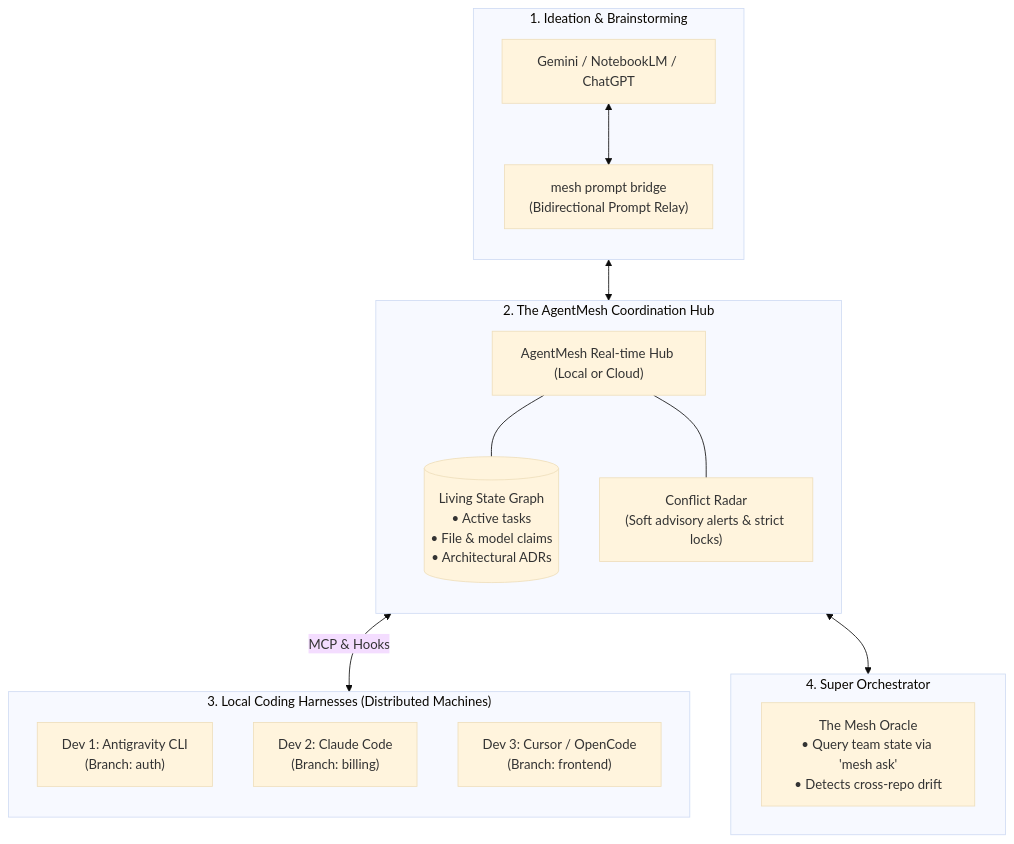
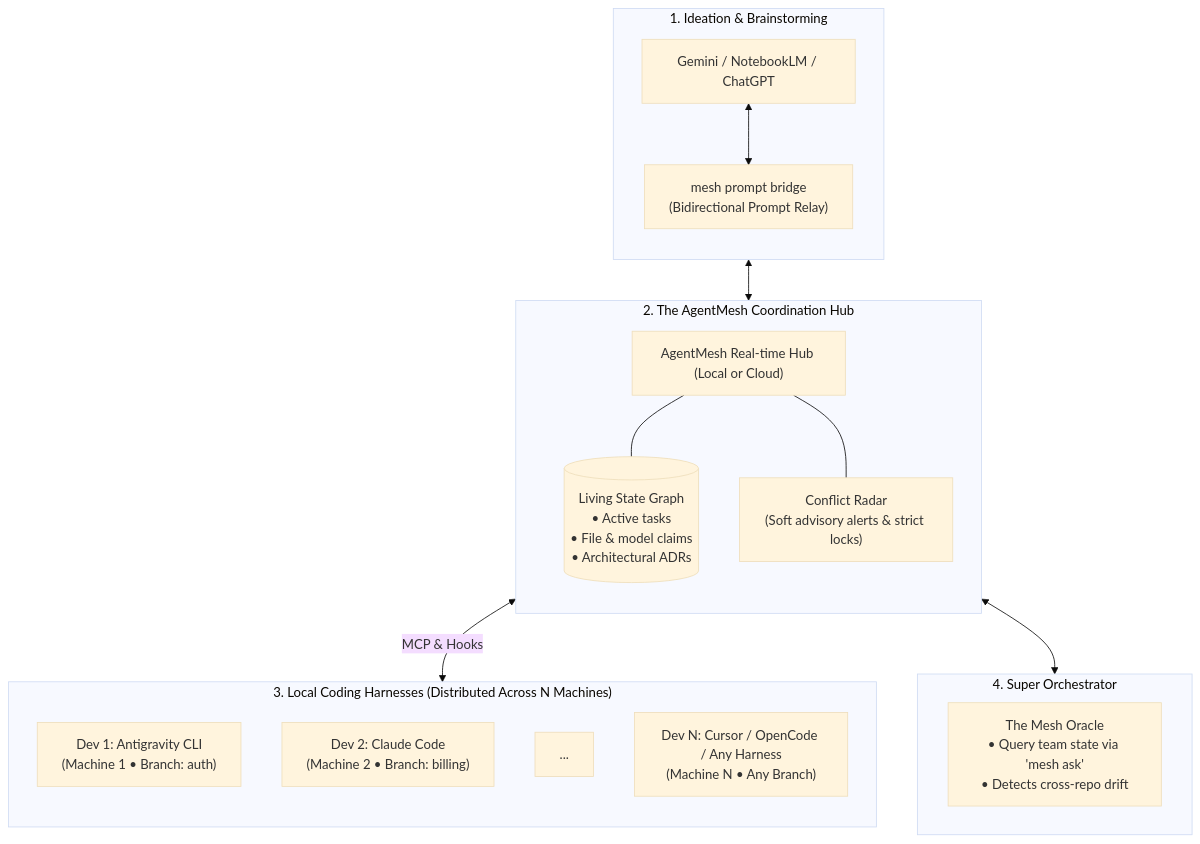
One commit to harshjsh01/AgentMesh changed the diagram in README.md. Above: the diagram before and after it, drawn with Mermaid (base theme). The commit also changed other lines of this file, not shown here.

Commit message:
docs: clarify arbitrary N-developer and M-agent dynamic scalability

````diff
--- a/README.md
+++ b/README.md
@@ -35,33 +35,34 @@
 ```mermaid
 flowchart TD
     subgraph Ideation["1. Ideation & Brainstorming"]
         direction TB
         Gemini["Gemini / NotebookLM / ChatGPT"]
         Bridge["mesh prompt bridge<br/>(Bidirectional Prompt Relay)"]
         Gemini <--> Bridge
     end
 
     subgraph Mesh["2. The AgentMesh Coordination Hub"]
         direction TB
         Hub["AgentMesh Real-time Hub (Local or Cloud)"]
         StateGraph[("Living State Graph<br/>• Active tasks<br/>• File & model claims<br/>• Architectural ADRs")]
         Radar["Conflict Radar<br/>(Soft advisory alerts & strict locks)"]
         Hub --- StateGraph
         Hub --- Radar
     end
 
-    subgraph Execution["3. Local Coding Harnesses (Distributed Machines)"]
+    subgraph Execution["3. Local Coding Harnesses (Distributed Across N Machines)"]
         direction TB
-        Dev1["Dev 1: Antigravity CLI<br/>(Branch: auth)"]
-        Dev2["Dev 2: Claude Code<br/>(Branch: billing)"]
-        Dev3["Dev 3: Cursor / OpenCode<br/>(Branch: frontend)"]
+        Dev1["Dev 1: Antigravity CLI<br/>(Machine 1 • Branch: auth)"]
+        Dev2["Dev 2: Claude Code<br/>(Machine 2 • Branch: billing)"]
+        DevDots["..."]
+        DevN["Dev N: Cursor / OpenCode / Any Harness<br/>(Machine N • Any Branch)"]
     end
 
     subgraph SuperOrch["4. Super Orchestrator"]
         Oracle["The Mesh Oracle<br/>• Query team state via 'mesh ask'<br/>• Detects cross-repo drift"]
     end
 
     Bridge <--> Hub
     Hub <-->|"MCP & Hooks"| Execution
     Hub <--> SuperOrch
 ```
````
